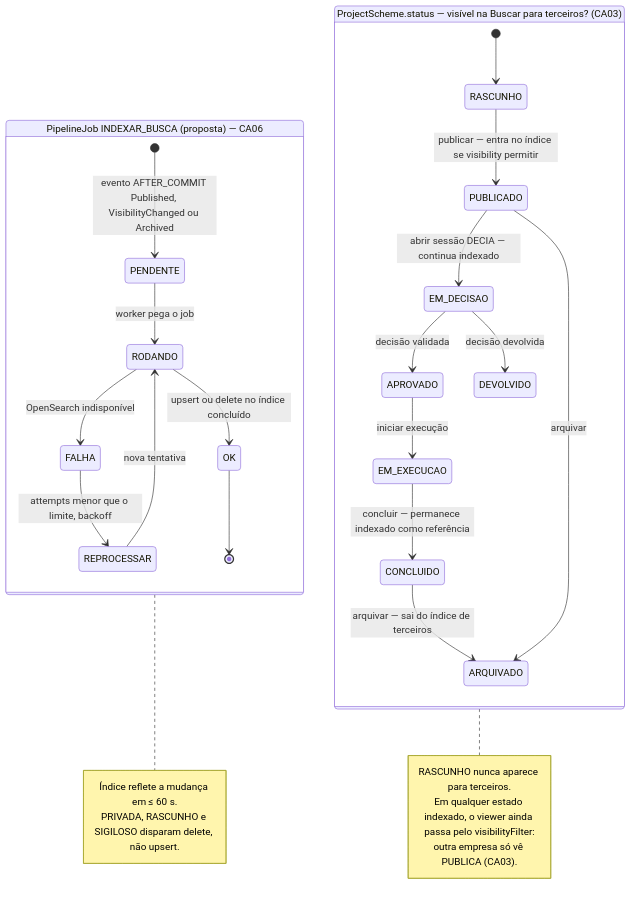
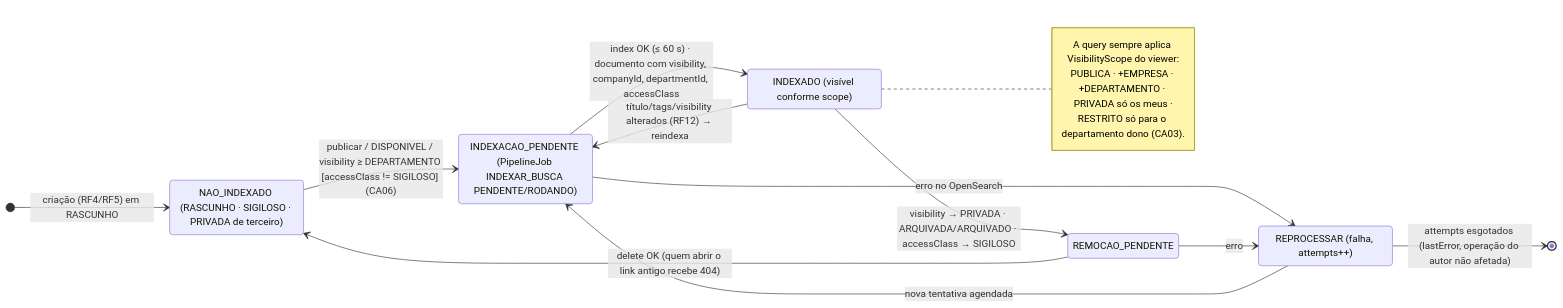
One commit to MatheusHaliski/Decia-app-2026 changed the fourth of 5 diagrams in docs/diagramas/RF17/README.md. Above: the diagram before and after it, drawn with Mermaid. The commit also changed other lines of this file and 4 other files, not shown here.

First line of the commit message:
docs(diagramas): reescreve RF16–RF20 (perfil de terceiros, Buscar, interações sociais, adequação do acervo)

````diff
--- a/docs/diagramas/RF17/README.md
+++ b/docs/diagramas/RF17/README.md
@@ -488,32 +373,25 @@
 ```mermaid
 stateDiagram-v2
-  state "PipelineJob INDEXAR_BUSCA (proposta) — CA06" as PJ {
-    [*] --> PENDENTE : evento AFTER_COMMIT Published, VisibilityChanged ou Archived
-    PENDENTE --> RODANDO : worker pega o job
-    RODANDO --> OK : upsert ou delete no índice concluído
-    RODANDO --> FALHA : OpenSearch indisponível
-    FALHA --> REPROCESSAR : attempts menor que o limite, backoff
-    REPROCESSAR --> RODANDO : nova tentativa
-    OK --> [*]
-  }
-  state "ProjectScheme.status — visível na Buscar para terceiros? (CA03)" as PS {
-    [*] --> RASCUNHO
-    RASCUNHO --> PUBLICADO : publicar — entra no índice se visibility permitir
-    PUBLICADO --> EM_DECISAO : abrir sessão DECIA — continua indexado
-    EM_DECISAO --> APROVADO : decisão validada
-    EM_DECISAO --> DEVOLVIDO : decisão devolvida
-    APROVADO --> EM_EXECUCAO : iniciar execução
-    EM_EXECUCAO --> CONCLUIDO : concluir — permanece indexado como referência
-    CONCLUIDO --> ARQUIVADO : arquivar — sai do índice de terceiros
-    PUBLICADO --> ARQUIVADO : arquivar
-  }
-  note right of PJ
-    Índice reflete a mudança em ≤ 60 s.
-    PRIVADA, RASCUNHO e SIGILOSO disparam delete, não upsert.
-  end note
-  note right of PS
-    RASCUNHO nunca aparece para terceiros.
-    Em qualquer estado indexado, o viewer ainda passa pelo visibilityFilter:
-    outra empresa só vê PUBLICA (CA03).
+  direction LR
+  state "NAO_INDEXADO (RASCUNHO · SIGILOSO · PRIVADA de terceiro)" as NAO
+  state "INDEXACAO_PENDENTE (PipelineJob INDEXAR_BUSCA PENDENTE/RODANDO)" as PEN
+  state "INDEXADO (visível conforme scope)" as IDX
+  state "REMOCAO_PENDENTE" as REMP
+  state "REPROCESSAR (falha, attempts++)" as REP
+
+  [*] --> NAO : criação (RF4/RF5) em RASCUNHO
+  NAO --> PEN : publicar / DISPONIVEL / visibility ≥ DEPARTAMENTO [accessClass != SIGILOSO] (CA06)
+  PEN --> IDX : index OK (≤ 60 s) · documento com visibility, companyId, departmentId, accessClass
+  PEN --> REP : erro no OpenSearch
+  REP --> PEN : nova tentativa agendada
+  REP --> [*] : attempts esgotados (lastError, operação do autor não afetada)
+  IDX --> PEN : título/tags/visibility alterados (RF12) → reindexa
+  IDX --> REMP : visibility → PRIVADA · ARQUIVADA/ARQUIVADO · accessClass → SIGILOSO
+  REMP --> NAO : delete OK (quem abrir o link antigo recebe 404)
+  REMP --> REP : erro
+  note right of IDX
+    A query sempre aplica VisibilityScope do viewer:
+    PUBLICA · +EMPRESA · +DEPARTAMENTO · PRIVADA só os meus ·
+    RESTRITO só para o departamento dono (CA03).
   end note
 ```
````
